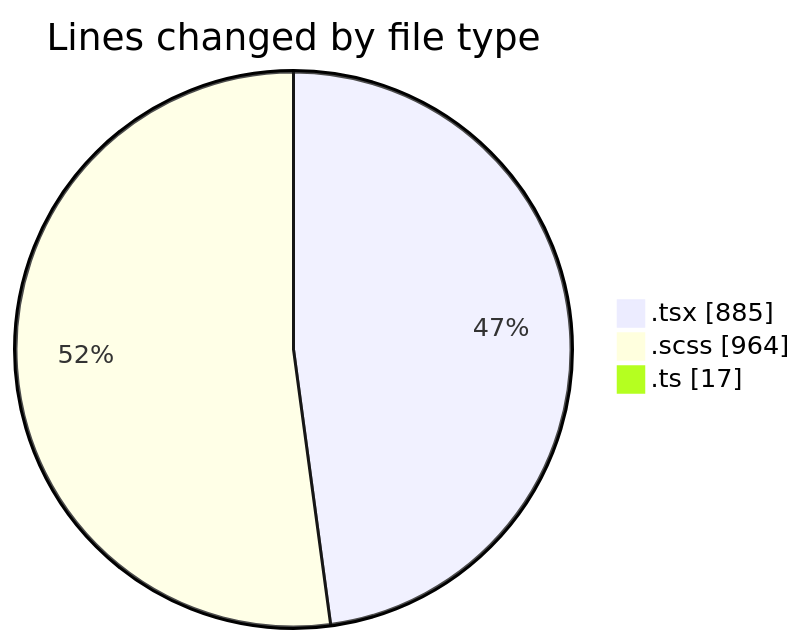
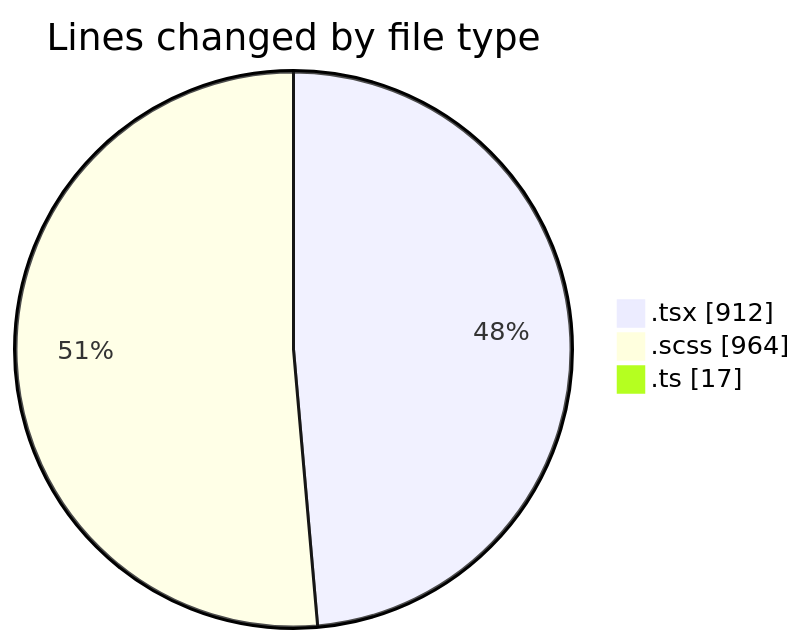
The first of 2 diagrams in 2025-09-19/cda/README.md (momahboobian/code-tracking), drawn with Mermaid before and after one commit. The commit also changed other lines of this file and 1 other file, not shown here.

````diff
--- a/2025-09-19/cda/README.md
+++ b/2025-09-19/cda/README.md
@@ -25,7 +25,7 @@
 ```mermaid
 pie showData
 title Lines changed by file type
-".tsx" : 885
+".tsx" : 912
 ".scss" : 964
 ".ts" : 17
 ```
````
